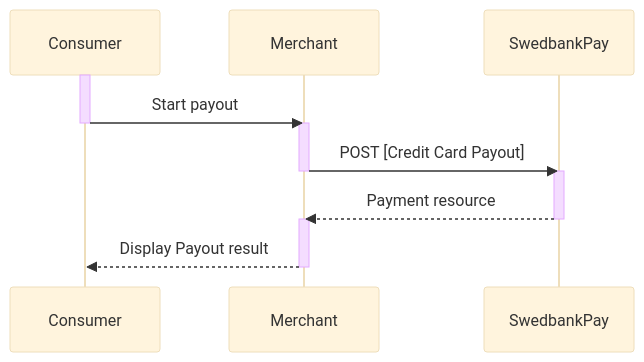
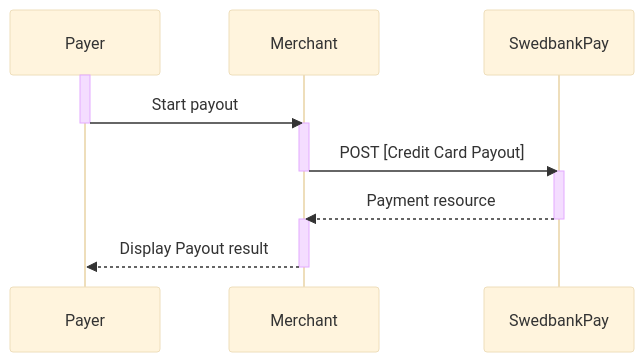
One commit to SwedbankPay/developer.swedbankpay.com changed the diagram in _includes/payout.md. Above: the diagram before and after it, drawn with Mermaid (base theme). The commit also changed 8 other files, not shown here.

````diff
--- a/_includes/payout.md
+++ b/_includes/payout.md
@@ -101,11 +101,11 @@
 ```mermaid
 sequenceDiagram
-  activate Consumer
-  Consumer->>-Merchant: Start payout
+  activate Payer
+  Payer->>-Merchant: Start payout
   activate Merchant
   Merchant->>-SwedbankPay: POST [Credit Card Payout]
   activate SwedbankPay
   SwedbankPay-->>-Merchant: Payment resource
   activate Merchant
-  Merchant-->>-Consumer: Display Payout result
+  Merchant-->>-Payer: Display Payout result
 ```
````
